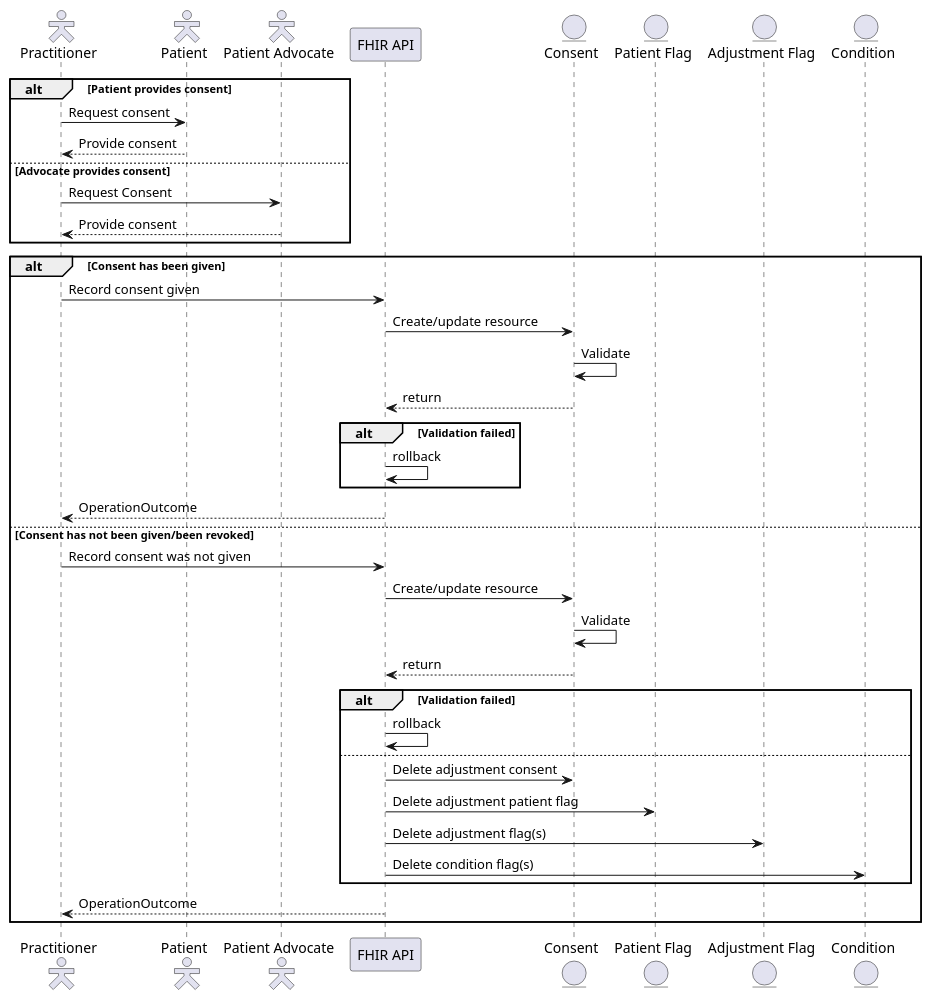
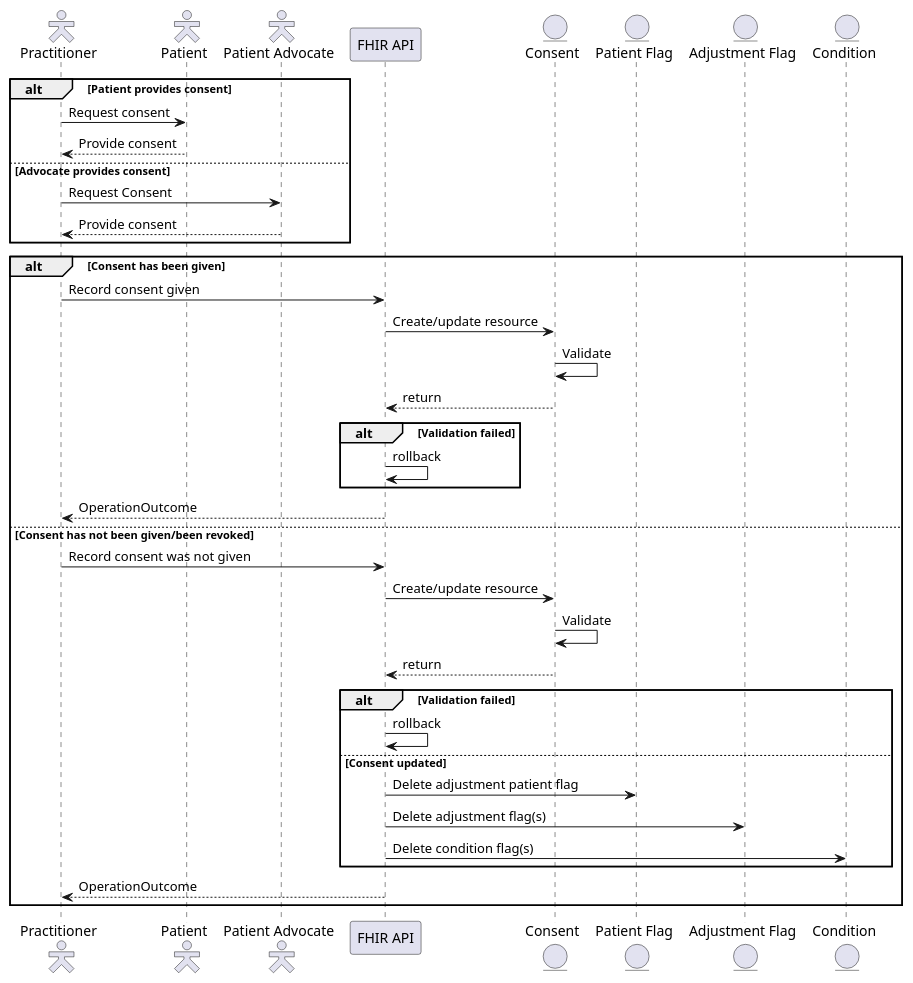
The diagram in input/images-source/consent-sequence.plantuml (NHSDigital/ra-sandbox), drawn with PlantUML before and after one commit. The commit also changed 6 other files, not shown here.

```diff
--- a/input/images-source/consent-sequence.plantuml
+++ b/input/images-source/consent-sequence.plantuml
@@ -1,47 +1,46 @@
 @startuml
 
 skinparam actorStyle hollow
 
 actor        "Practitioner"     as pra
 actor        "Patient"          as pat
 actor        "Patient Advocate" as pad
 participant  "FHIR API"         as api
 entity       "Consent"          as con
 entity       "Patient Flag"     as pfg
 entity       "Adjustment Flag"  as adj
 entity       "Condition"        as cod
 
 alt Patient provides consent
   pra ->  pat : Request consent
   pra <-- pat : Provide consent
 else Advocate provides consent
   pra ->  pad : Request Consent
   pra <-- pad : Provide consent
 end
 
 alt Consent has been given
   pra ->  api : Record consent given
   api ->  con : Create/update resource
   con ->  con : Validate
   api <-- con : return
   alt Validation failed
     api -> api : rollback
   end
   pra <-- api : OperationOutcome
 else Consent has not been given/been revoked
   pra ->  api : Record consent was not given
   api ->  con : Create/update resource
   con ->  con : Validate
   api <-- con : return
   alt Validation failed
     api -> api : rollback
-  else
-    api ->  con : Delete adjustment consent
+  else Consent updated
     api ->  pfg : Delete adjustment patient flag
     api ->  adj : Delete adjustment flag(s)
     api ->  cod : Delete condition flag(s)
   end
   pra <-- api : OperationOutcome
 end
 
 @enduml
```
